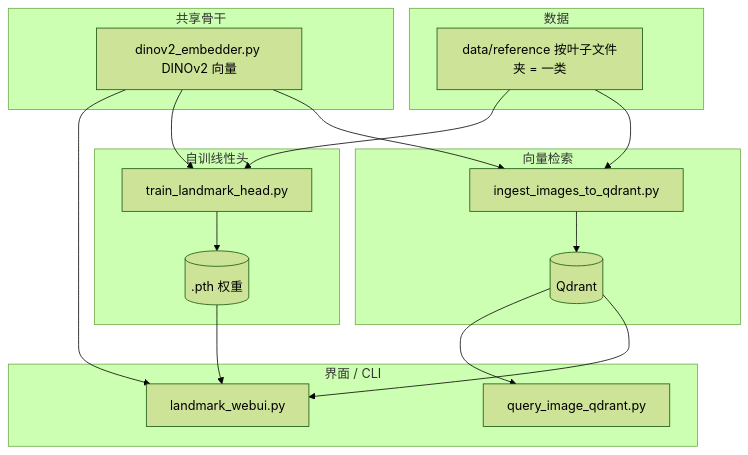
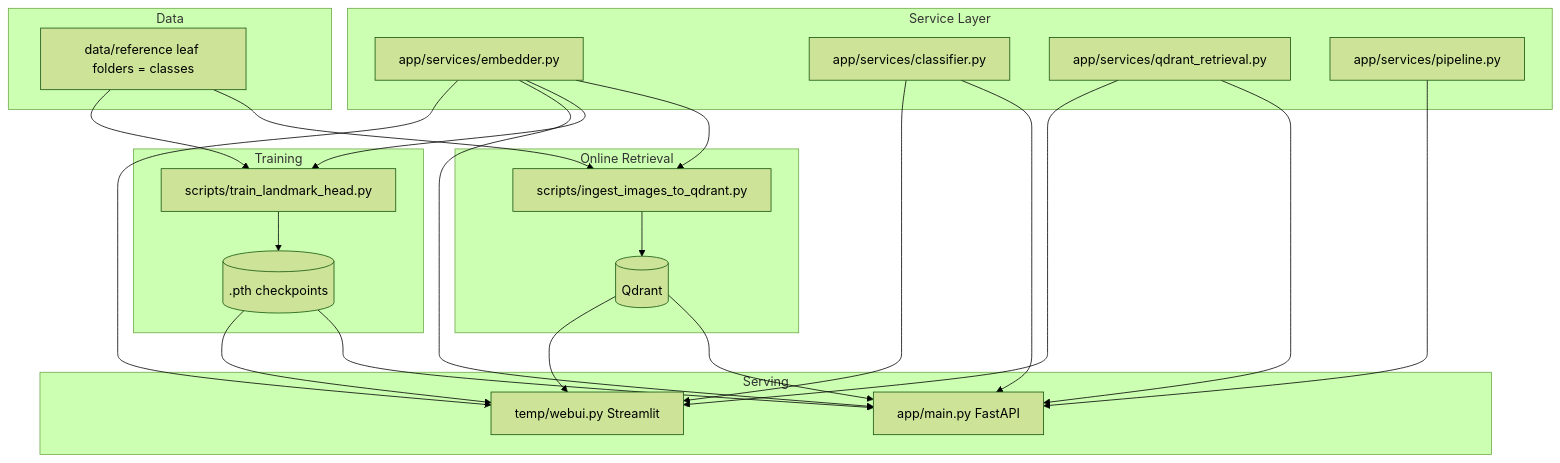
Before and after one commit to zhengyu89/AITB_Model: the diagram in README.md, drawn with Mermaid (forest theme). The commit also changed other lines of this file and 3 other files, not shown here.

Commit message:
Remove example.json and update .gitignore to include __pycache__. Revise README.md for clarity and project structure, and modify requirements.txt to include FastAPI and Uvicorn while removing unused dependencies.

````diff
--- a/README.md
+++ b/README.md
@@ -9,31 +9,41 @@
 ```mermaid
 flowchart TB
-  subgraph data [数据]
-    REF[data/reference 按叶子文件夹 = 一类]
+  subgraph data [Data]
+    REF[data/reference leaf folders = classes]
   end
-  subgraph backbone [共享骨干]
-    DINO[dinov2_embedder.py DINOv2 向量]
+  subgraph app [Service Layer]
+    DINO[app/services/embedder.py]
+    CLS[app/services/classifier.py]
+    RET[app/services/qdrant_retrieval.py]
+    PIPE[app/services/pipeline.py]
   end
-  subgraph online [向量检索]
-    ING[ingest_images_to_qdrant.py]
+  subgraph online [Online Retrieval]
+    ING[scripts/ingest_images_to_qdrant.py]
     QD[(Qdrant)]
     ING --> QD
   end
-  subgraph train [自训线性头]
-    TL[train_landmark_head.py]
-    PTH[(.pth 权重)]
+  subgraph train [Training]
+    TL[scripts/train_landmark_head.py]
+    PTH[(.pth checkpoints)]
     TL --> PTH
   end
-  subgraph ui [界面 / CLI]
-    WEB[landmark_webui.py]
-    QQ[query_image_qdrant.py]
+  subgraph serve [Serving]
+    API[app/main.py FastAPI]
+    WEB[temp/webui.py Streamlit]
   end
   REF --> ING
   REF --> TL
   DINO --> ING
   DINO --> TL
+  DINO --> API
   DINO --> WEB
+  CLS --> API
+  CLS --> WEB
+  RET --> API
+  RET --> WEB
+  PIPE --> API
+  QD --> API
   QD --> WEB
-  QD --> QQ
+  PTH --> API
   PTH --> WEB
 ```
````
